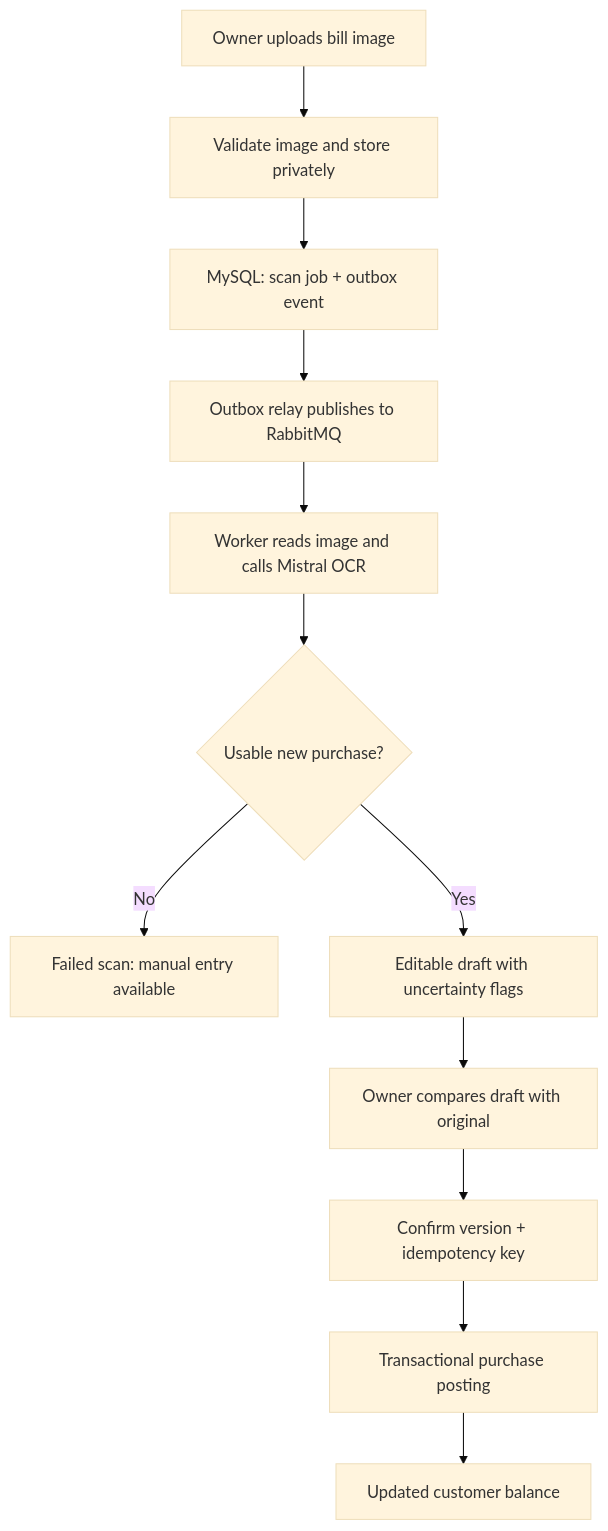
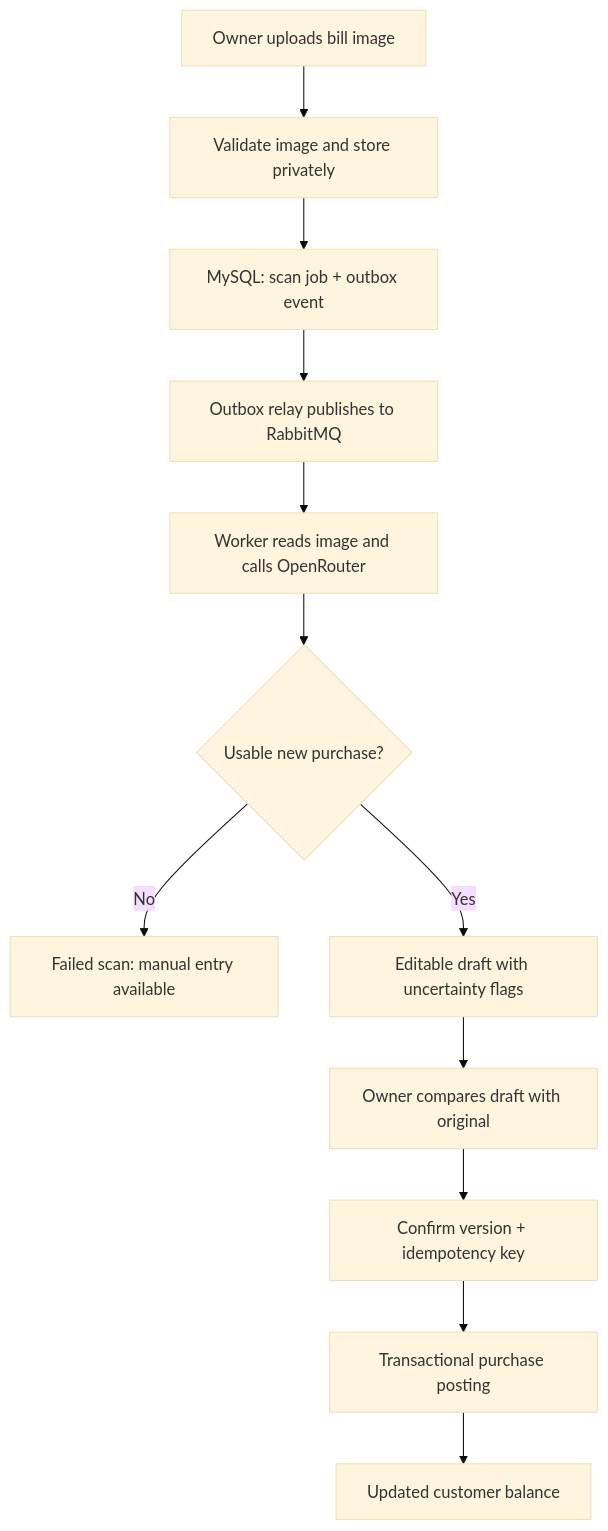
Before and after one commit to sanjaygupta45/baakio-backend: the second of 3 diagrams in README.md, drawn with Mermaid (base theme). The commit also changed other lines of this file and 9 other files, not shown here.

First line of the commit message:
Integrate OpenRouter for bill scanning

````diff
--- a/README.md
+++ b/README.md
@@ -40,14 +40,14 @@
 ```mermaid
 flowchart TD
     A[Owner uploads bill image] --> B[Validate image and store privately]
     B --> C[MySQL: scan job + outbox event]
     C --> D[Outbox relay publishes to RabbitMQ]
-    D --> E[Worker reads image and calls Mistral OCR]
+    D --> E[Worker reads image and calls OpenRouter]
     E --> F{Usable new purchase?}
     F -->|No| X[Failed scan: manual entry available]
     F -->|Yes| G[Editable draft with uncertainty flags]
     G --> H[Owner compares draft with original]
     H --> I[Confirm version + idempotency key]
     I --> J[Transactional purchase posting]
     J --> K[Updated customer balance]
 ```
````
